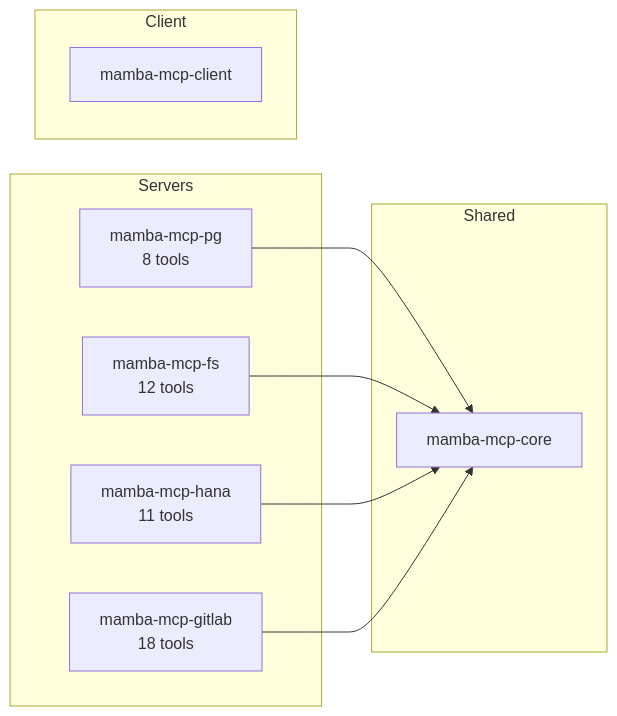
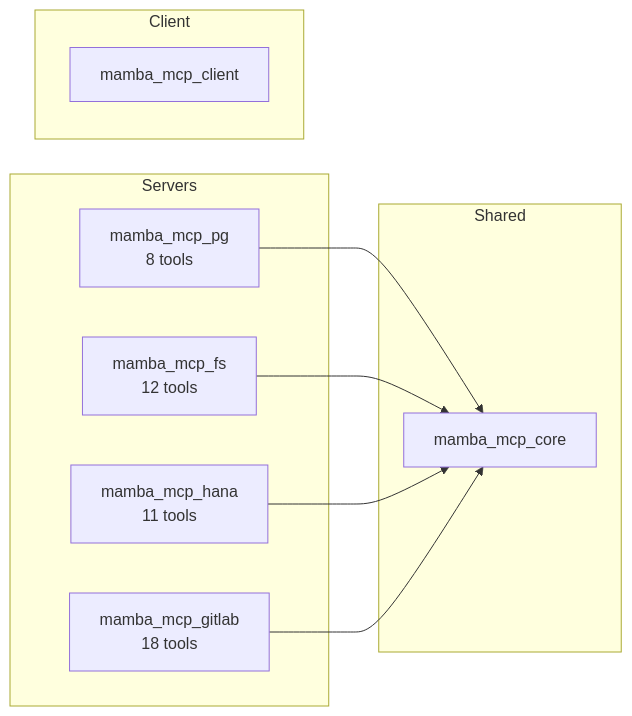
Before and after one commit to sequenzia/mamba-mcp: the diagram in docs/index.md, drawn with Mermaid. The commit also changed other lines of this file and 227 other files, not shown here.

First line of the commit message:
feat(build): consolidate 6 packages into single mamba-mcp with extras

````diff
--- a/docs/index.md
+++ b/docs/index.md
@@ -37,22 +37,22 @@
 ```mermaid
 graph LR
     subgraph Shared
-        CORE[mamba-mcp-core]
+        CORE[mamba_mcp_core]
     end
 
     subgraph Servers
-        PG[mamba-mcp-pg<br/>8 tools]
-        FS[mamba-mcp-fs<br/>12 tools]
-        HANA[mamba-mcp-hana<br/>11 tools]
-        GL[mamba-mcp-gitlab<br/>18 tools]
+        PG[mamba_mcp_pg<br/>8 tools]
+        FS[mamba_mcp_fs<br/>12 tools]
+        HANA[mamba_mcp_hana<br/>11 tools]
+        GL[mamba_mcp_gitlab<br/>18 tools]
     end
 
     subgraph Client
-        CLI[mamba-mcp-client]
+        CLI[mamba_mcp_client]
     end
 
     PG --> CORE
     FS --> CORE
     HANA --> CORE
     GL --> CORE
 ```
````
